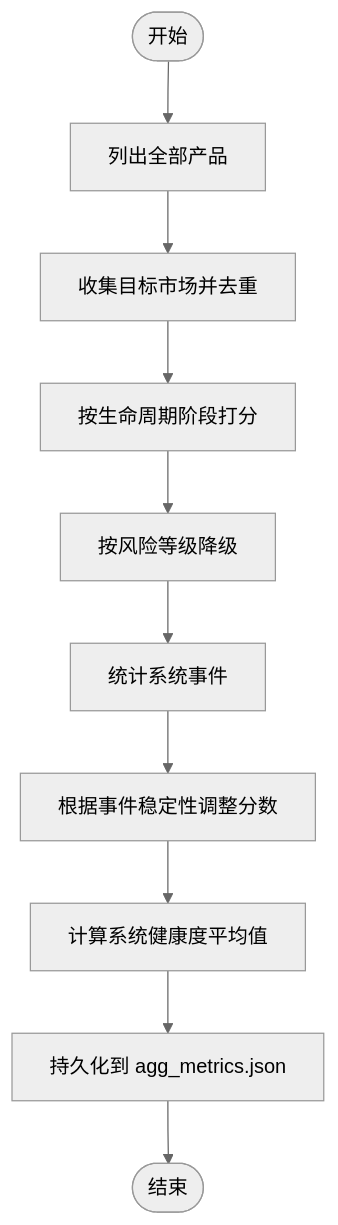
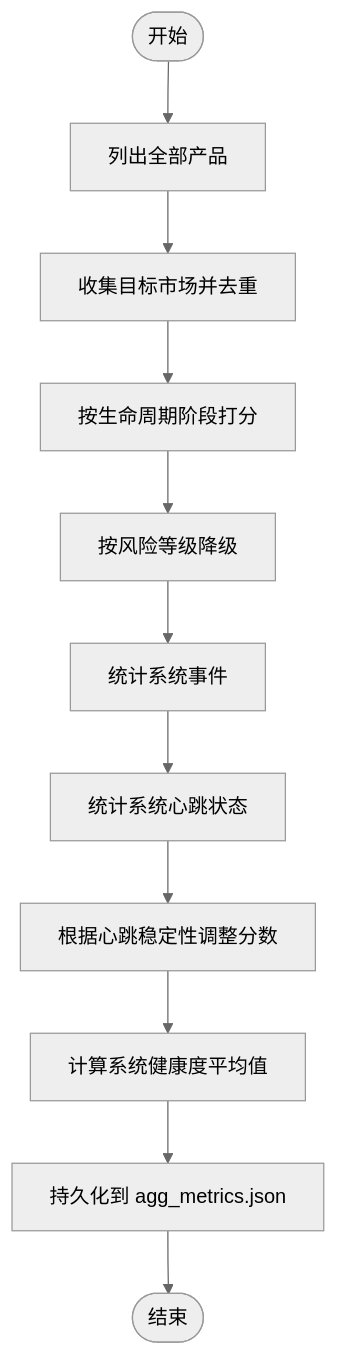
One commit to angledick/- changed the sixth of 10 diagrams in .qoder/repowiki/zh/content/监控与运维/系统健康监控.md. Above: the diagram before and after it, drawn with Mermaid (neutral theme). The commit also changed other lines of this file and 313 other files, not shown here.

````diff
--- a/.qoder/repowiki/zh/content/监控与运维/系统健康监控.md
+++ b/.qoder/repowiki/zh/content/监控与运维/系统健康监控.md
@@ -301,12 +343,13 @@
 ```mermaid
 flowchart TD
 GStart(["开始"]) --> List["列出全部产品"]
 List --> Cover["收集目标市场并去重"]
 Cover --> Stage["按生命周期阶段打分"]
 Stage --> RiskAdj["按风险等级降级"]
 RiskAdj --> EventStats["统计系统事件"]
-EventStats --> StabilityAdj["根据事件稳定性调整分数"]
+EventStats --> HeartbeatStats["统计系统心跳状态"]
+HeartbeatStats --> StabilityAdj["根据心跳稳定性调整分数"]
 StabilityAdj --> Avg["计算系统健康度平均值"]
 Avg --> Persist["持久化到 agg_metrics.json"]
 Persist --> GEnd(["结束"])
 ```
````
